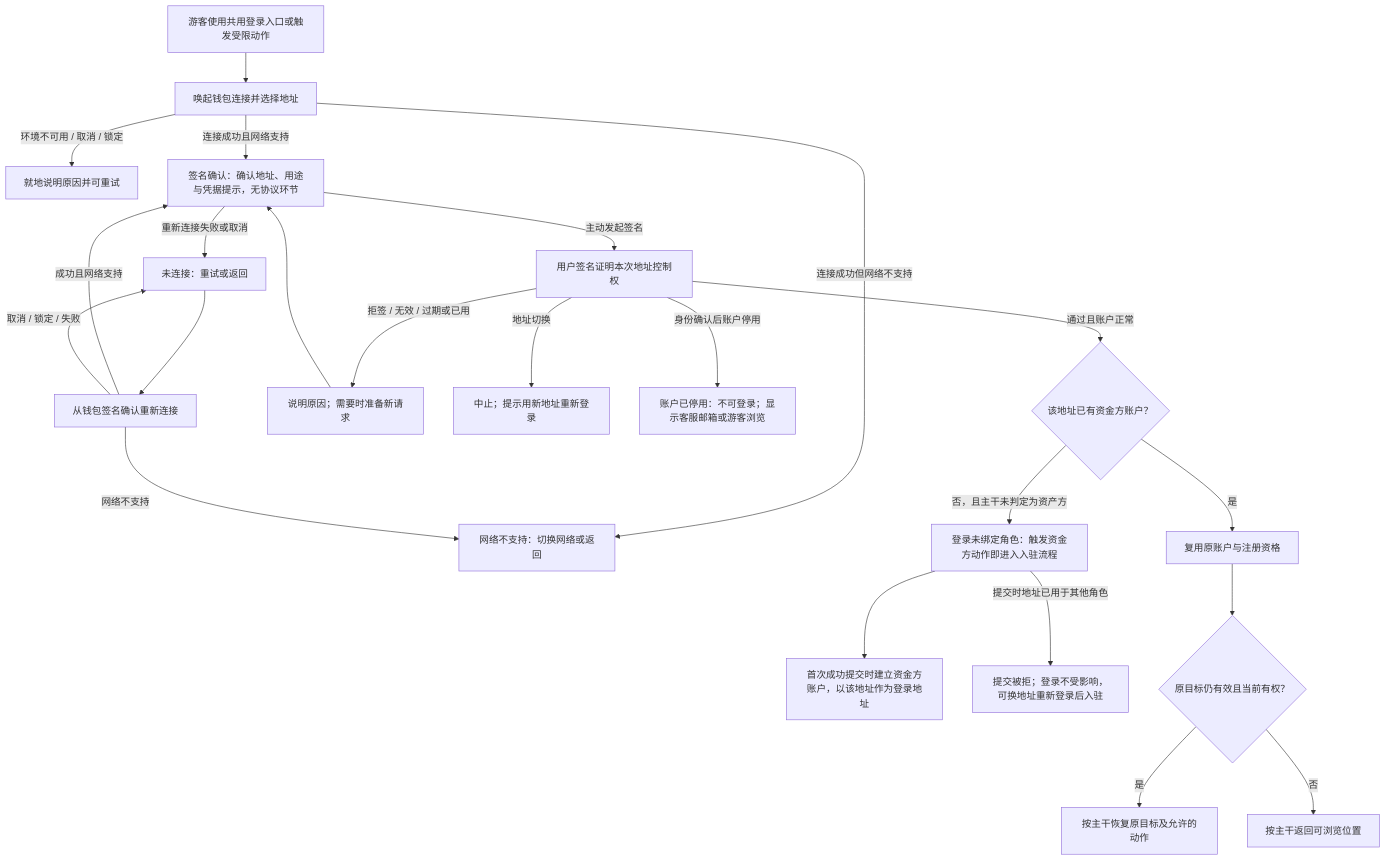
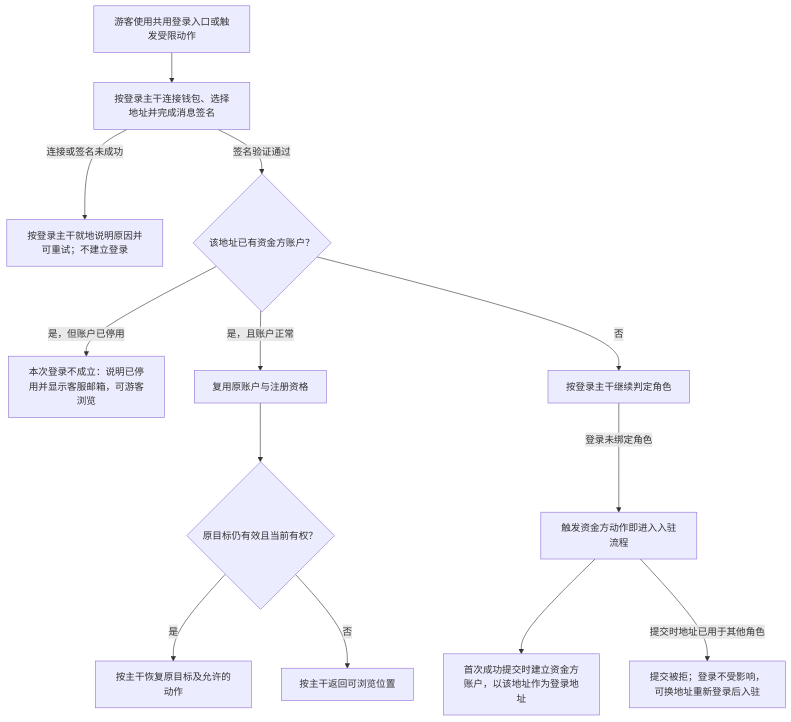
One commit to wxblockchain/Chain-Financing changed the first of 9 diagrams in lending-platform/PRD/面客端/02-资金方登录与账户体系/02-资金方登录与账户体系-流程图与状态机.md. Above: the diagram before and after it, drawn with Mermaid. The commit also changed other lines of this file and 38 other files, not shown here.

````diff
--- a/lending-platform/PRD/面客端/02-资金方登录与账户体系/02-资金方登录与账户体系-流程图与状态机.md
+++ b/lending-platform/PRD/面客端/02-资金方登录与账户体系/02-资金方登录与账户体系-流程图与状态机.md
@@ -14,25 +14,15 @@
 ```mermaid
 flowchart TD
-    A[游客使用共用登录入口或触发受限动作] --> B[唤起钱包连接并选择地址]
-    B -->|环境不可用 / 取消 / 锁定| C[就地说明原因并可重试]
-    B -->|连接成功但网络不支持| D[网络不支持：切换网络或返回]
-    B -->|连接成功且网络支持| E[签名确认：确认地址、用途与凭据提示，无协议环节]
-    E -->|重新连接失败或取消| F[未连接：重试或返回]
-    F --> R[从钱包签名确认重新连接]
-    R -->|成功且网络支持| E
-    R -->|取消 / 锁定 / 失败| F
-    R -->|网络不支持| D
-    E -->|主动发起签名| G[用户签名证明本次地址控制权]
-    G -->|拒签 / 无效 / 过期或已用| H[说明原因；需要时准备新请求]
-    H --> E
-    G -->|地址切换| I[中止；提示用新地址重新登录]
-    G -->|身份确认后账户停用| K[账户已停用：不可登录；显示客服邮箱或游客浏览]
-    G -->|通过且账户正常| L{该地址已有资金方账户？}
-    L -->|否，且主干未判定为资产方| M[登录未绑定角色：触发资金方动作即进入入驻流程]
+    A[游客使用共用登录入口或触发受限动作] --> B[按登录主干连接钱包、选择地址并完成消息签名]
+    B -->|连接或签名未成功| C[按登录主干就地说明原因并可重试；不建立登录]
+    B -->|签名验证通过| L{该地址已有资金方账户？}
+    L -->|是，但账户已停用| K[本次登录不成立：说明已停用并显示客服邮箱，可游客浏览]
+    L -->|是，且账户正常| O[复用原账户与注册资格]
+    L -->|否| T[按登录主干继续判定角色]
+    T -->|登录未绑定角色| M[触发资金方动作即进入入驻流程]
     M --> N[首次成功提交时建立资金方账户，以该地址作为登录地址]
     M -->|提交时地址已用于其他角色| J[提交被拒；登录不受影响，可换地址重新登录后入驻]
-    L -->|是| O[复用原账户与注册资格]
     O --> P{原目标仍有效且当前有权？}
     P -->|是| Q[按主干恢复原目标及允许的动作]
     P -->|否| Z[按主干返回可浏览位置]
 ```
````
